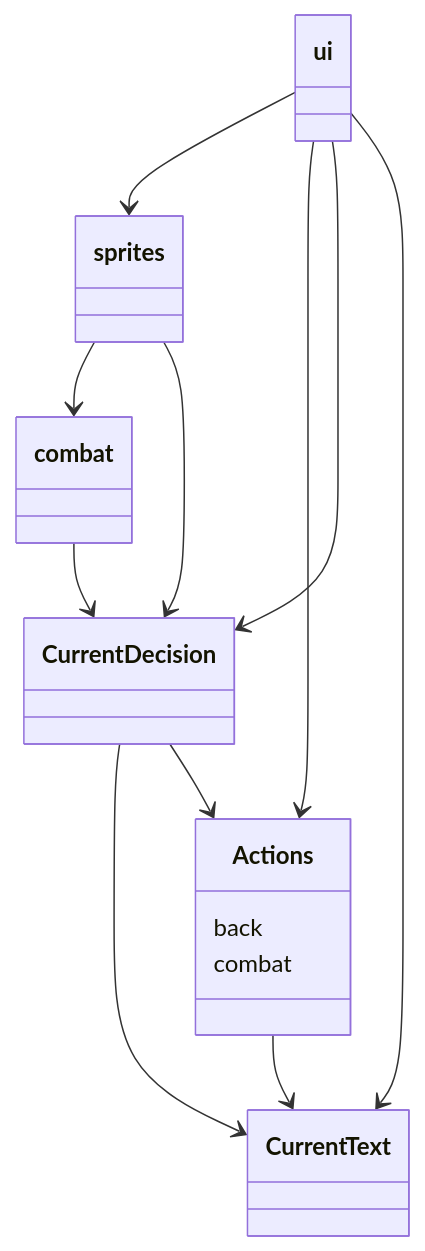
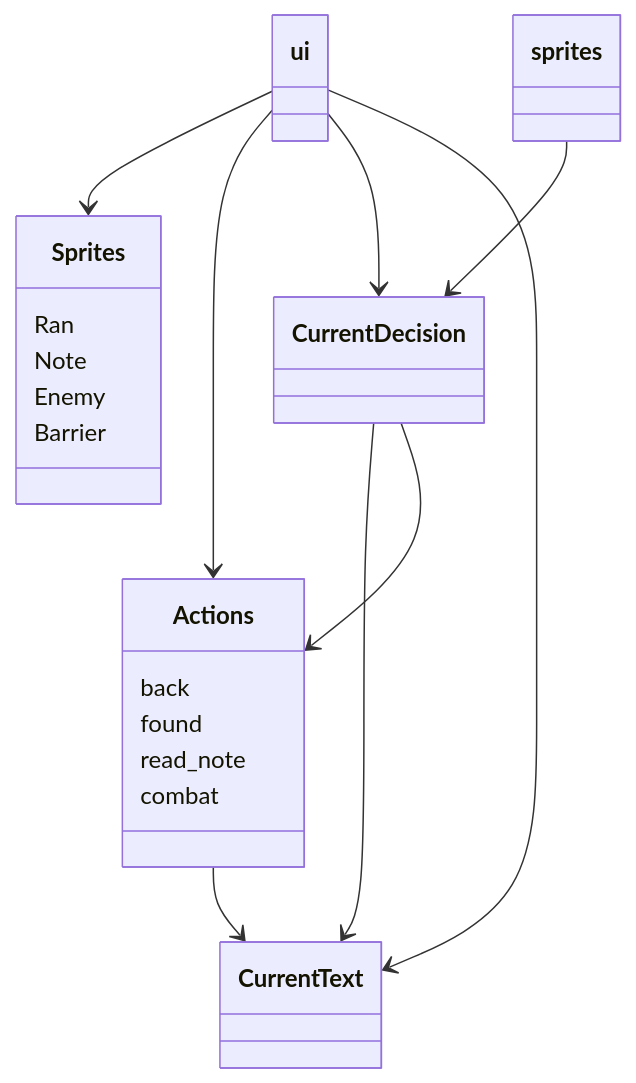
Before and after one commit to emlyy/ot-harjoitustyo: the diagram in dokumentaatio/arkkitehtuuri.md, drawn with Mermaid.

````diff
--- a/dokumentaatio/arkkitehtuuri.md
+++ b/dokumentaatio/arkkitehtuuri.md
@@ -1,17 +1,23 @@
 ```mermaid
  classDiagram
-      ui --> sprites 
+      ui --> Sprites
+      class Sprites{
+          Ran
+          Note
+          Enemy
+          Barrier
+      }
       ui --> Actions
       class Actions{
           back
+          found
+          read_note
           combat
       }
       ui --> CurrentDecision
       CurrentDecision --> CurrentText
       ui --> CurrentText
-      sprites --> combat
       sprites --> CurrentDecision
       CurrentDecision --> Actions
       Actions --> CurrentText
-      combat --> CurrentDecision
 ```
````
